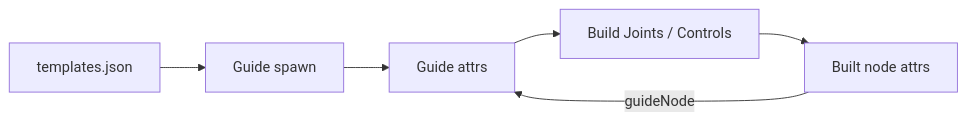
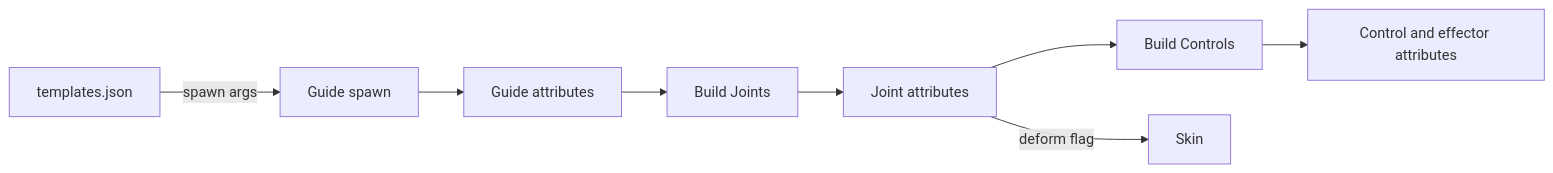
The diagram in docs/METADATA_SCHEMA.md (BWoodward95/rigbox), drawn with Mermaid before and after one commit. The commit also changed other lines of this file and 17 other files, not shown here.

````diff
--- a/docs/METADATA_SCHEMA.md
+++ b/docs/METADATA_SCHEMA.md
@@ -13,8 +15,10 @@
 ```mermaid
 flowchart LR
-    TJ[templates.json] --> GS[Guide spawn]
-    GS --> GA[Guide attrs]
-    GA --> BJ[Build Joints / Controls]
-    BJ --> BA[Built node attrs]
-    BA -->|guideNode| GA
+    TJ[templates.json] -->|spawn args| GS[Guide spawn]
+    GS --> GA[Guide attributes]
+    GA --> BJ[Build Joints]
+    BJ --> JA[Joint attributes]
+    JA --> BC[Build Controls]
+    BC --> CA[Control and effector attributes]
+    JA -->|deform flag| SK[Skin]
 ```
````
